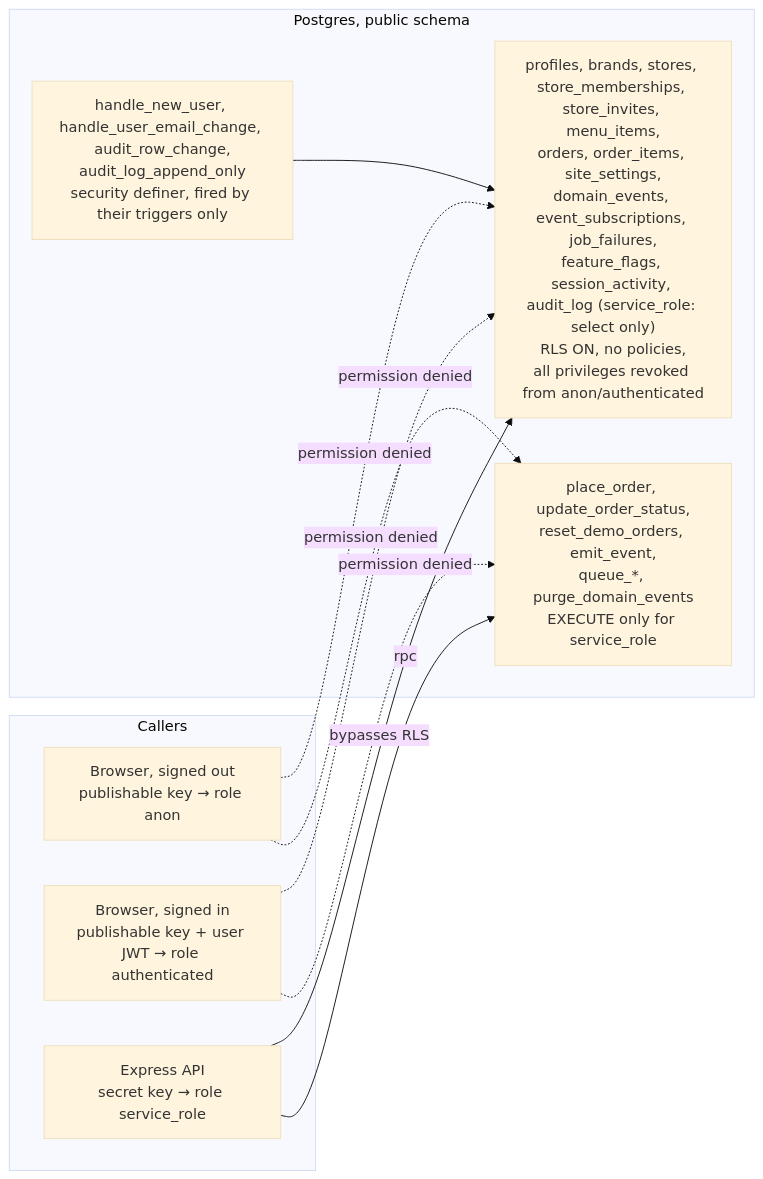
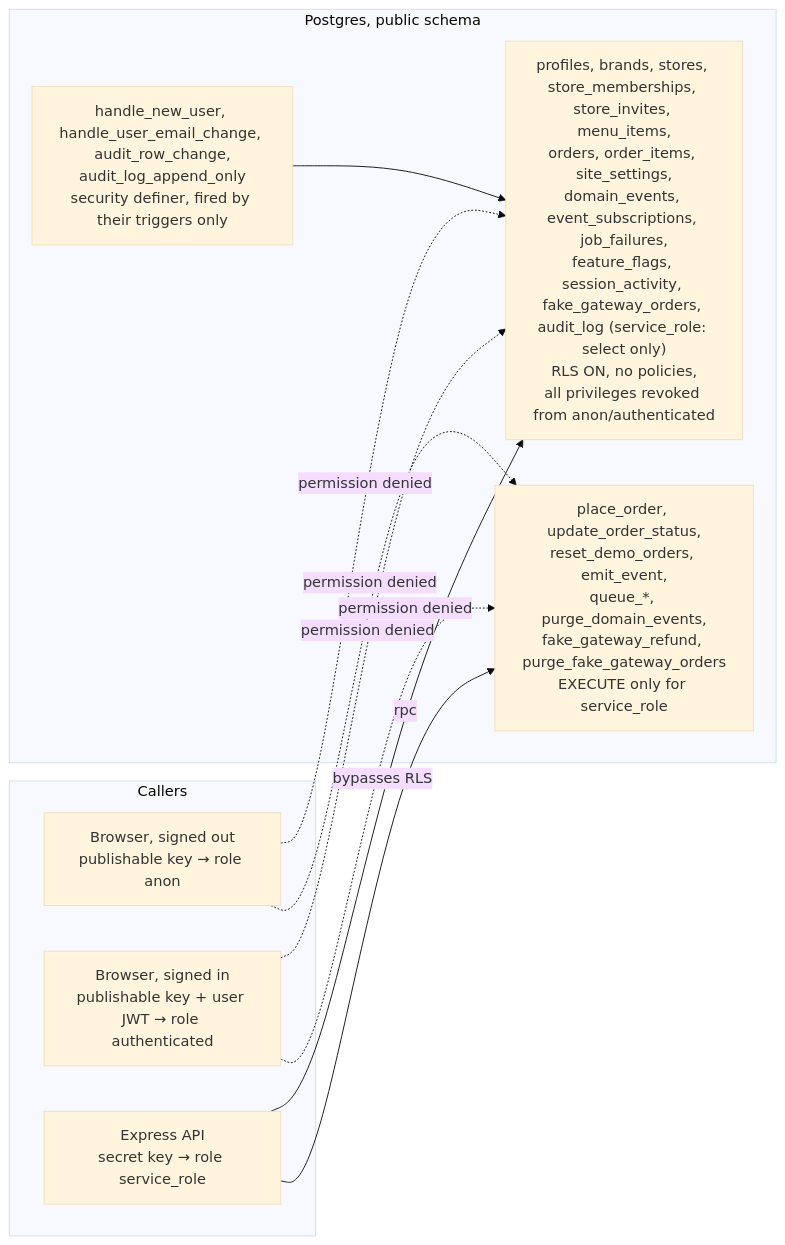
The diagram in docs/PERMISSIONS.md (The-KhaNha/KhaNha), drawn with Mermaid (base theme) before and after one commit. The commit also changed other lines of this file and 106 other files, not shown here.

````diff
--- a/docs/PERMISSIONS.md
+++ b/docs/PERMISSIONS.md
@@ -250,22 +251,22 @@
 ```mermaid
 flowchart LR
   subgraph Callers
     Anon["Browser, signed out<br/>publishable key → role anon"]
     Authd["Browser, signed in<br/>publishable key + user JWT → role authenticated"]
     Server["Express API<br/>secret key → role service_role"]
   end
 
   subgraph Postgres["Postgres, public schema"]
-    Tables["profiles, brands, stores, store_memberships, store_invites, menu_items,<br/>orders, order_items, site_settings,<br/>domain_events, event_subscriptions, job_failures,<br/>feature_flags, session_activity, audit_log (service_role: select only)<br/>RLS ON, no policies,<br/>all privileges revoked from anon/authenticated"]
-    Fns["place_order, update_order_status,<br/>reset_demo_orders, emit_event,<br/>queue_*, purge_domain_events<br/>EXECUTE only for service_role"]
+    Tables["profiles, brands, stores, store_memberships, store_invites, menu_items,<br/>orders, order_items, site_settings,<br/>domain_events, event_subscriptions, job_failures,<br/>feature_flags, session_activity, fake_gateway_orders, audit_log (service_role: select only)<br/>RLS ON, no policies,<br/>all privileges revoked from anon/authenticated"]
+    Fns["place_order, update_order_status,<br/>reset_demo_orders, emit_event,<br/>queue_*, purge_domain_events,<br/>fake_gateway_refund, purge_fake_gateway_orders<br/>EXECUTE only for service_role"]
     Trg["handle_new_user, handle_user_email_change, audit_row_change,<br/>audit_log_append_only<br/>security definer, fired by their triggers only"]
   end
 
   Anon -. "permission denied" .-> Tables
   Authd -. "permission denied" .-> Tables
   Anon -. "permission denied" .-> Fns
   Authd -. "permission denied" .-> Fns
   Server -->|"bypasses RLS"| Tables
   Server -->|"rpc"| Fns
   Trg --> Tables
 ```
````
